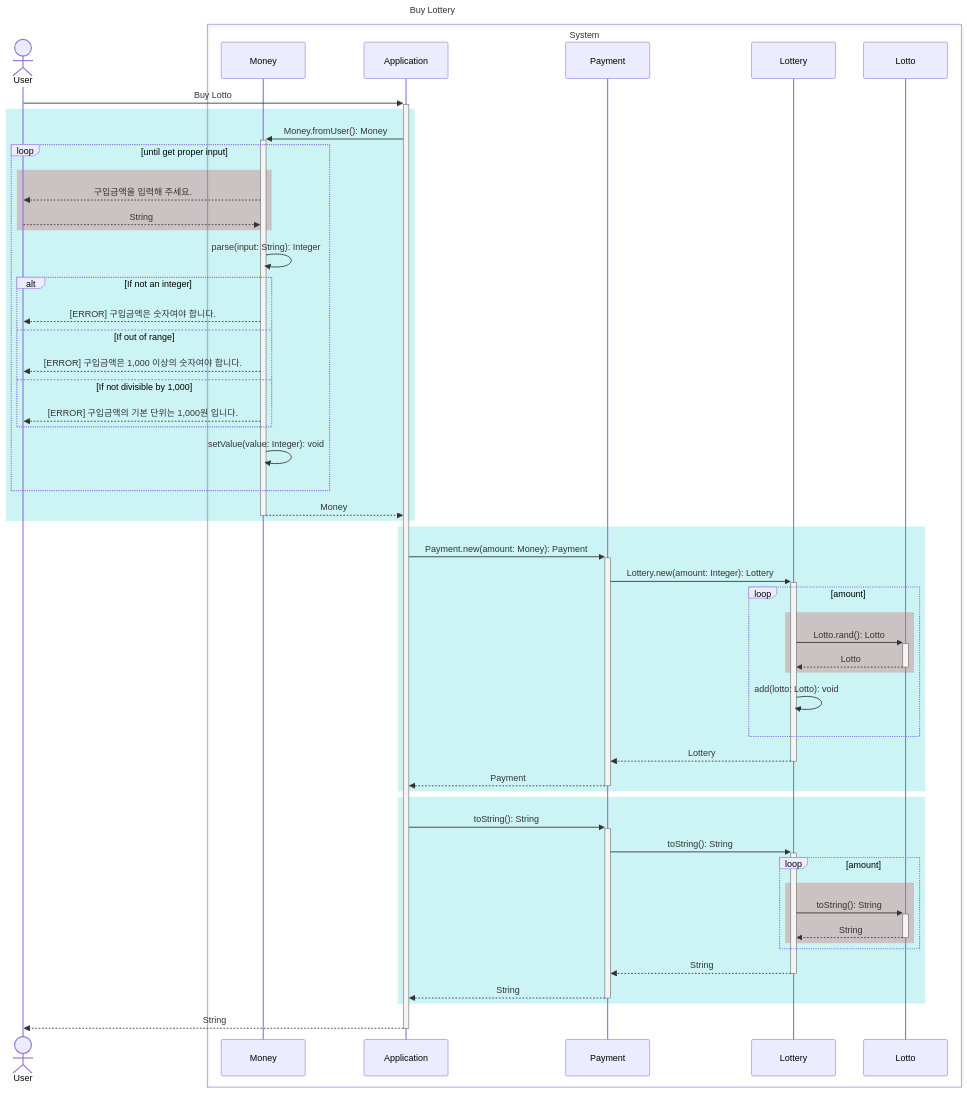
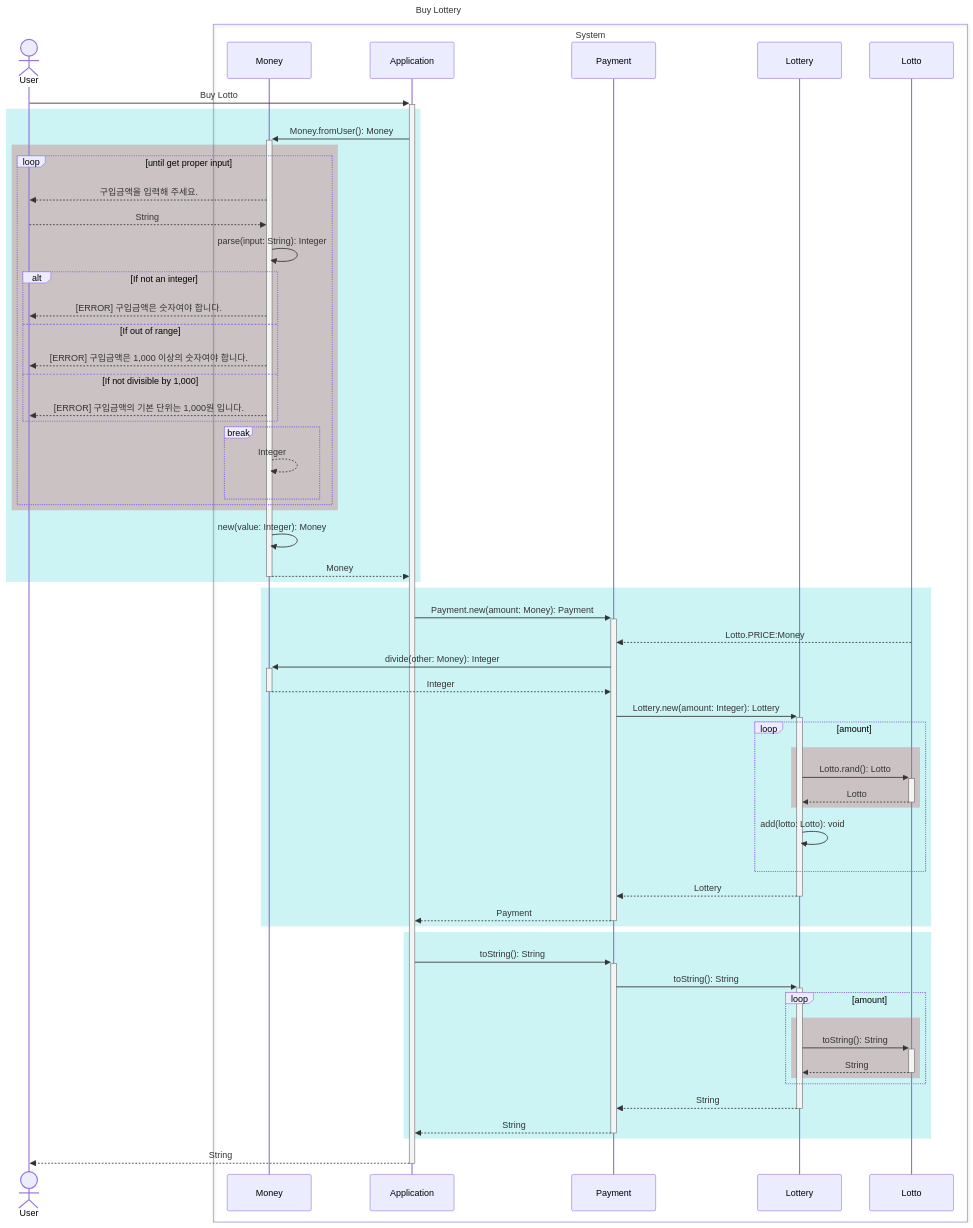
One commit to gdsc-konkuk/23-24_study_2nd_java-lotto-6 changed the third of 6 diagrams in docs/README.md. Above: the diagram before and after it, drawn with Mermaid. The commit also changed other lines of this file and 11 other files, not shown here.

````diff
--- a/docs/README.md
+++ b/docs/README.md
@@ -112,67 +112,74 @@
 ```mermaid
 ---
 title: Buy Lottery
 ---
 sequenceDiagram
     actor User
     box System
         participant Money
         participant Application
         participant Payment
         participant Lottery
         participant Lotto
     end
 
     User ->>+ Application: Buy Lotto
     rect rgb(0, 200, 200, 0.2)
         Application ->>+ Money: Money.fromUser(): Money
 
-        loop until get proper input
-            rect rgb(200, 0, 0, 0.2)
+        rect rgb(200, 0, 0, 0.2)
+            loop until get proper input
                 Money -->> User: 구입금액을 입력해 주세요.
                 User -->> Money: String
+                Money ->> Money: parse(input: String): Integer
+
+                alt If not an integer
+                    Money -->> User: [ERROR] 구입금액은 숫자여야 합니다.
+                else If out of range
+                    Money -->> User: [ERROR] 구입금액은 1,000 이상의 숫자여야 합니다.
+                else If not divisible by 1,000
+                    Money -->> User: [ERROR] 구입금액의 기본 단위는 1,000원 입니다.
+                end
+
+                break
+                    Money -->> Money: Integer
+                end
             end
-            Money ->> Money: parse(input: String): Integer
-            alt If not an integer
-                Money -->> User: [ERROR] 구입금액은 숫자여야 합니다.
-            else If out of range
-                Money -->> User: [ERROR] 구입금액은 1,000 이상의 숫자여야 합니다.
-            else If not divisible by 1,000
-                Money -->> User: [ERROR] 구입금액의 기본 단위는 1,000원 입니다.
-            end
-            Money ->> Money: setValue(value: Integer): void
         end
-
+        Money ->> Money: new(value: Integer): Money
         Money -->>- Application: Money
     end
 
     rect rgb(0, 200, 200, 0.2)
         Application ->>+ Payment: Payment.new(amount: Money): Payment
+        Lotto -->> Payment: Lotto.PRICE:Money
+        Payment ->>+ Money: divide(other: Money): Integer
+        Money -->>- Payment: Integer
         Payment ->>+ Lottery: Lottery.new(amount: Integer): Lottery
 
         loop amount
             rect rgb(200, 0, 000, 0.2)
                 Lottery ->>+ Lotto: Lotto.rand(): Lotto
                 Lotto -->>- Lottery: Lotto
             end
             Lottery ->> Lottery: add(lotto: Lotto): void
         end
 
         Lottery -->>- Payment: Lottery
         Payment -->>- Application: Payment
     end
 
     rect rgb(0, 200, 200, 0.2)
         Application ->>+ Payment: toString(): String
         Payment ->>+ Lottery: toString(): String
         loop amount
             rect rgb(200, 0, 000, 0.2)
                 Lottery ->>+ Lotto: toString(): String
                 Lotto -->>- Lottery: String
             end
         end
         Lottery -->>- Payment: String
         Payment -->>- Application: String
     end
     Application -->>- User: String
 ```
````
